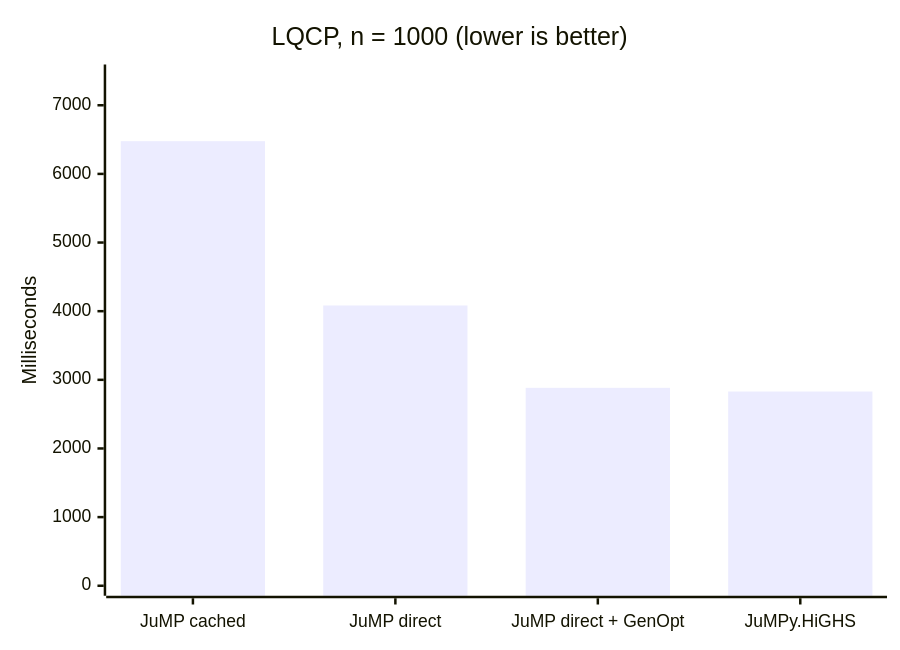
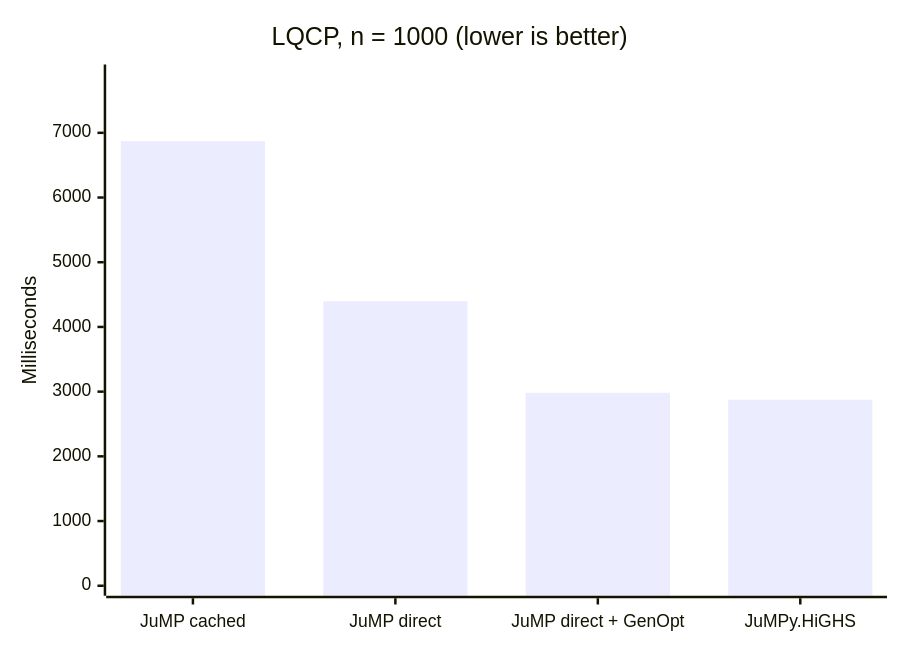
The diagram in benchmarks/paper/results/highs-2026-11-01/charts.md (NexOR-Optimization/JuMPy), drawn with Mermaid before and after one commit. The commit also changed 20 other files, not shown here.

````diff
--- a/benchmarks/paper/results/highs-2026-11-01/charts.md
+++ b/benchmarks/paper/results/highs-2026-11-01/charts.md
@@ -1,7 +1,7 @@
 ```mermaid
 xychart-beta
     title "LQCP, n = 1000 (lower is better)"
     x-axis ["JuMP cached", "JuMP direct", "JuMP direct + GenOpt", "JuMPy.HiGHS"]
-    y-axis "Milliseconds" 0 --> 7448.148
-    bar [6476.650, 4083.397, 2883.692, 2829.847]
+    y-axis "Milliseconds" 0 --> 7901.342
+    bar [6870.732, 4397.412, 2982.370, 2873.812]
 ```
````
